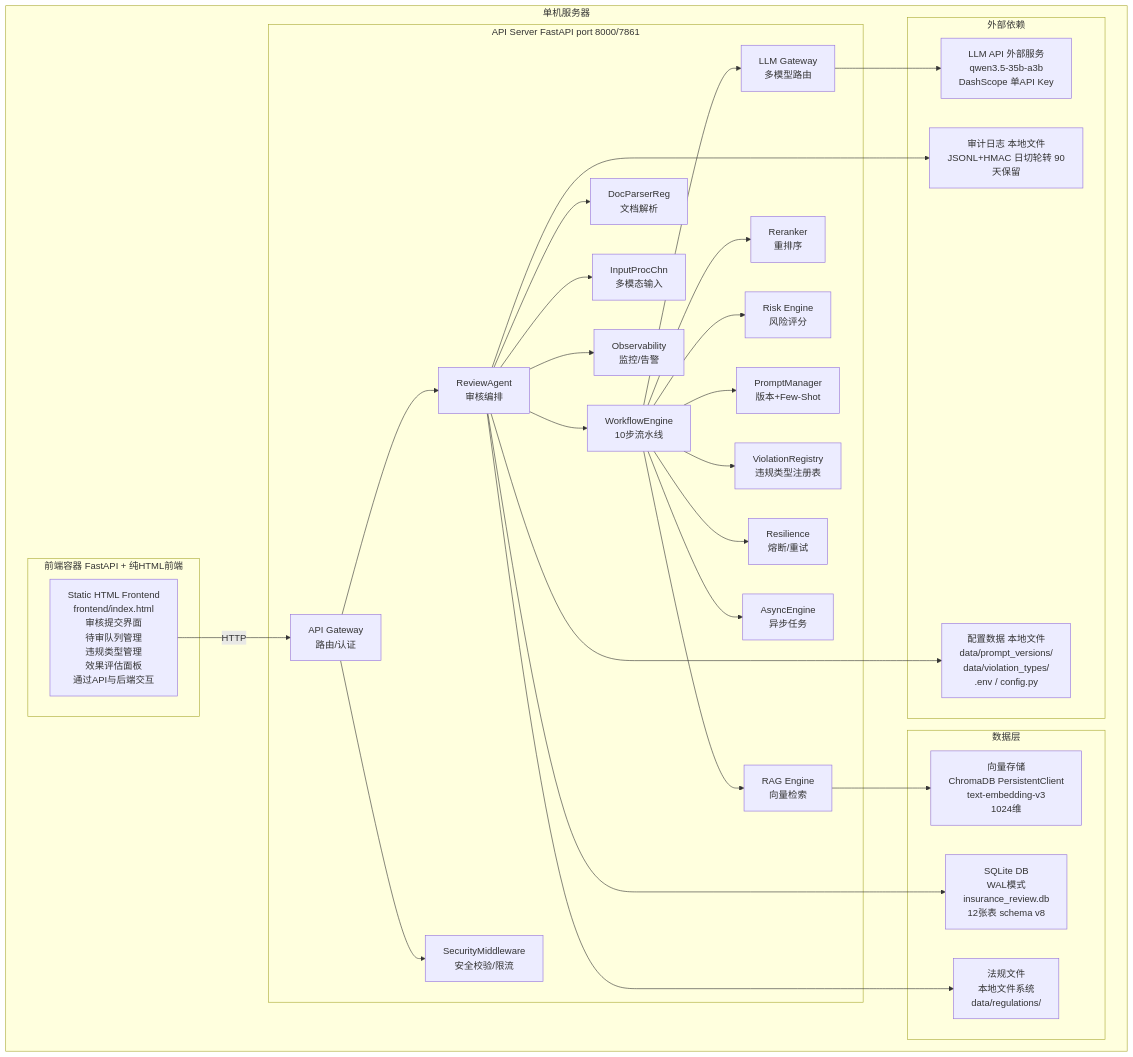
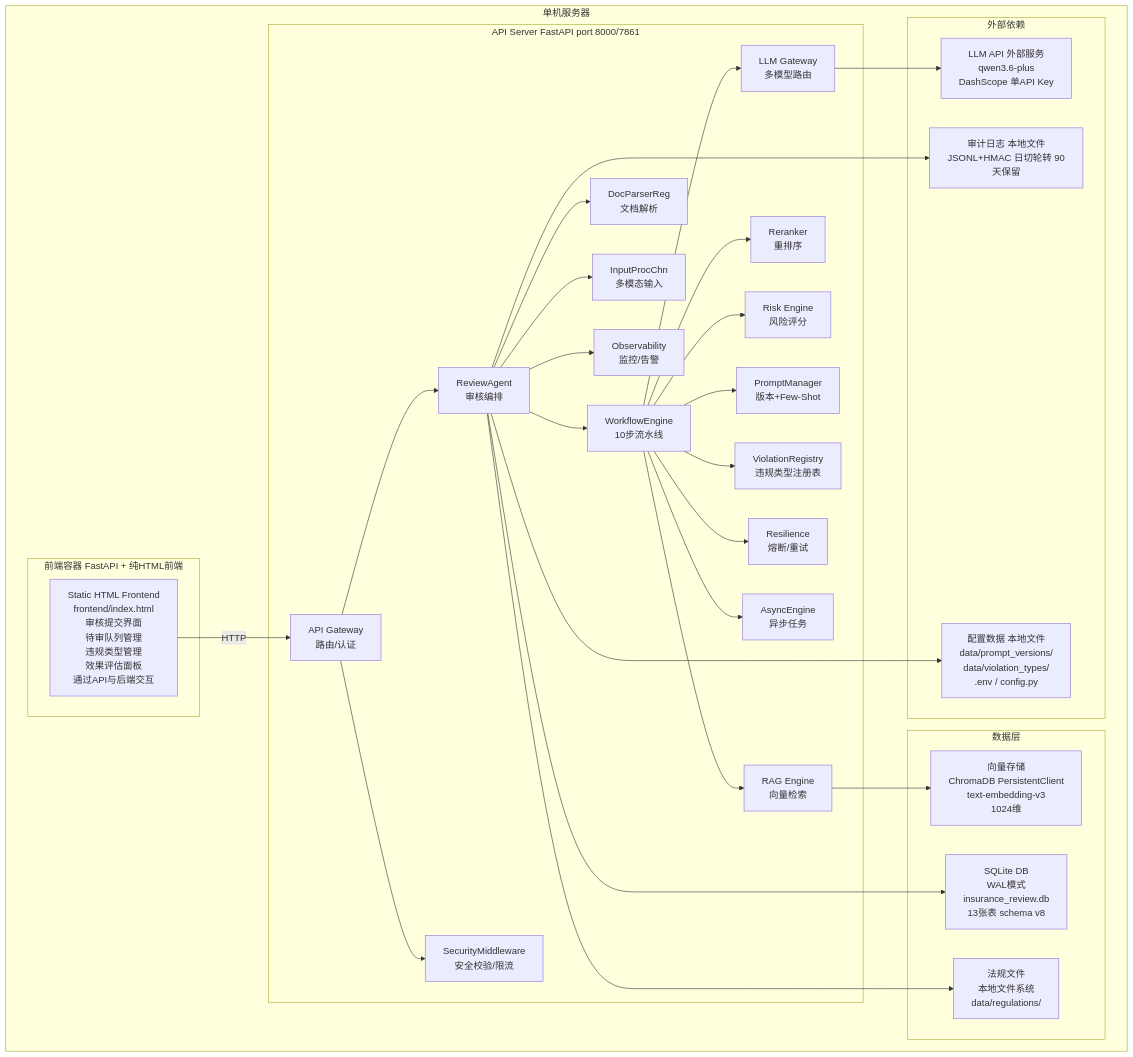
The second of 5 diagrams in docs/archive/architecture-demo.md (elaine2233/AI-Agent-RAG-for-complaince), drawn with Mermaid before and after one commit. The commit also changed other lines of this file and 9 other files, not shown here.

````diff
--- a/docs/archive/architecture-demo.md
+++ b/docs/archive/architecture-demo.md
@@ -82,60 +82,60 @@
 ```mermaid
 flowchart TB
     subgraph server [单机服务器]
         subgraph frontend [前端容器 FastAPI + 纯HTML前端]
             HTML[Static HTML Frontend<br/>frontend/index.html<br/>审核提交界面<br/>待审队列管理<br/>违规类型管理<br/>效果评估面板<br/>通过API与后端交互]
         end
 
         subgraph apiserver [API Server FastAPI port 8000/7861]
             GW[API Gateway<br/>路由/认证]
             RA[ReviewAgent<br/>审核编排]
             SM[SecurityMiddleware<br/>安全校验/限流]
             WE[WorkflowEngine<br/>10步流水线]
             LG[LLM Gateway<br/>多模型路由]
             RE[Risk Engine<br/>风险评分]
             RAG[RAG Engine<br/>向量检索]
             RR[Reranker<br/>重排序]
             PM[PromptManager<br/>版本+Few-Shot]
             DP[DocParserReg<br/>文档解析]
             IP[InputProcChn<br/>多模态输入]
             VR[ViolationRegistry<br/>违规类型注册表]
             OB[Observability<br/>监控/告警]
             RS[Resilience<br/>熔断/重试]
             AE[AsyncEngine<br/>异步任务]
         end
 
         subgraph data [数据层]
-            SQLITEDB[SQLite DB<br/>WAL模式<br/>insurance_review.db<br/>12张表 schema v8]
+            SQLITEDB[SQLite DB<br/>WAL模式<br/>insurance_review.db<br/>13张表 schema v8]
             VECTOR[向量存储<br/>ChromaDB PersistentClient<br/>text-embedding-v3<br/>1024维]
             REGS[法规文件<br/>本地文件系统<br/>data/regulations/]
         end
 
         subgraph extdep [外部依赖]
-            LLMDEP[LLM API 外部服务<br/>qwen3.5-35b-a3b<br/>DashScope 单API Key]
+            LLMDEP[LLM API 外部服务<br/>qwen3.6-plus<br/>DashScope 单API Key]
             AUDIT[审计日志 本地文件<br/>JSONL+HMAC 日切轮转 90天保留]
             CONFIG[配置数据 本地文件<br/>data/prompt_versions/<br/>data/violation_types/<br/>.env / config.py]
         end
     end
 
     HTML -->|HTTP| GW
     GW --> RA
     RA --> WE
     WE --> LG
     WE --> RAG
     WE --> RR
     WE --> RE
     RAG --> VECTOR
     LG --> LLMDEP
     RA --> SQLITEDB
     RA --> REGS
     RA --> AUDIT
     RA --> CONFIG
     GW --> SM
     WE --> PM
     WE --> VR
     WE --> RS
     WE --> AE
     RA --> DP
     RA --> IP
     RA --> OB
 ```
````
